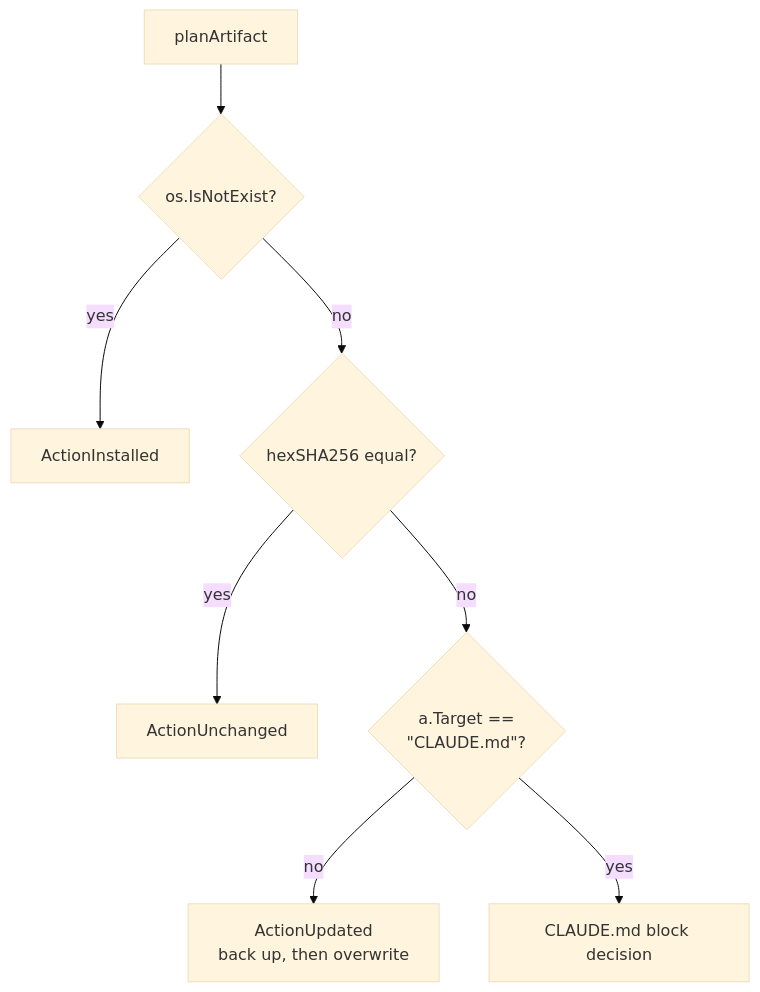
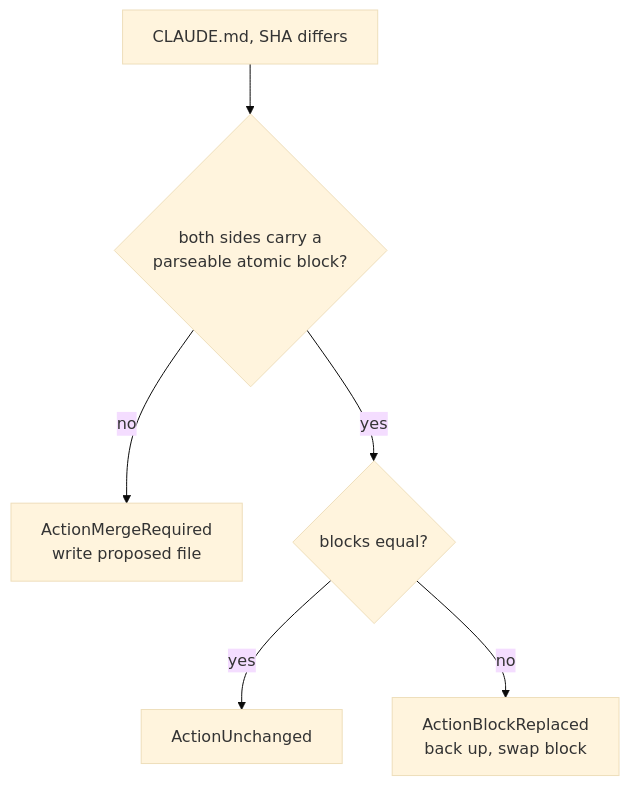
One commit to damusix/atomic-claude changed the fourth of 5 diagrams in docs/wiki/bundle.md. Above: the diagram before and after it, drawn with Mermaid (base theme). The commit also changed other lines of this file and 795 other files, not shown here.

First line of the commit message:
feat!: run Atomic on Claude Code, OMP, and Codex

````diff
--- a/docs/wiki/bundle.md
+++ b/docs/wiki/bundle.md
@@ -159,11 +190,9 @@
 ```mermaid
 flowchart TD
-    %% source: atomic/internal/claudeinstall/install.go (planArtifact)
-    A["planArtifact"] --> B{"os.IsNotExist?"}
-    B -->|yes| I["ActionInstalled"]
-    B -->|no| C{"hexSHA256 equal?"}
-    C -->|yes| U["ActionUnchanged"]
-    C -->|no| D{"a.Target ==<br/>#quot;CLAUDE.md#quot;?"}
-    D -->|no| UP["ActionUpdated<br/>back up, then overwrite"]
-    D -->|yes| CM["CLAUDE.md block decision"]
+    %% source: atomic/internal/claudeinstall/install.go, atomic/internal/claudeinstall/atomicblock.go
+    M["CLAUDE.md, SHA differs"] --> E{"both sides carry a<br/>parseable atomic block?"}
+    E -->|no| MR["ActionMergeRequired<br/>write proposed file"]
+    E -->|yes| F{"blocks equal?"}
+    F -->|yes| U["ActionUnchanged"]
+    F -->|no| BR["ActionBlockReplaced<br/>back up, swap block"]
 ```
````
